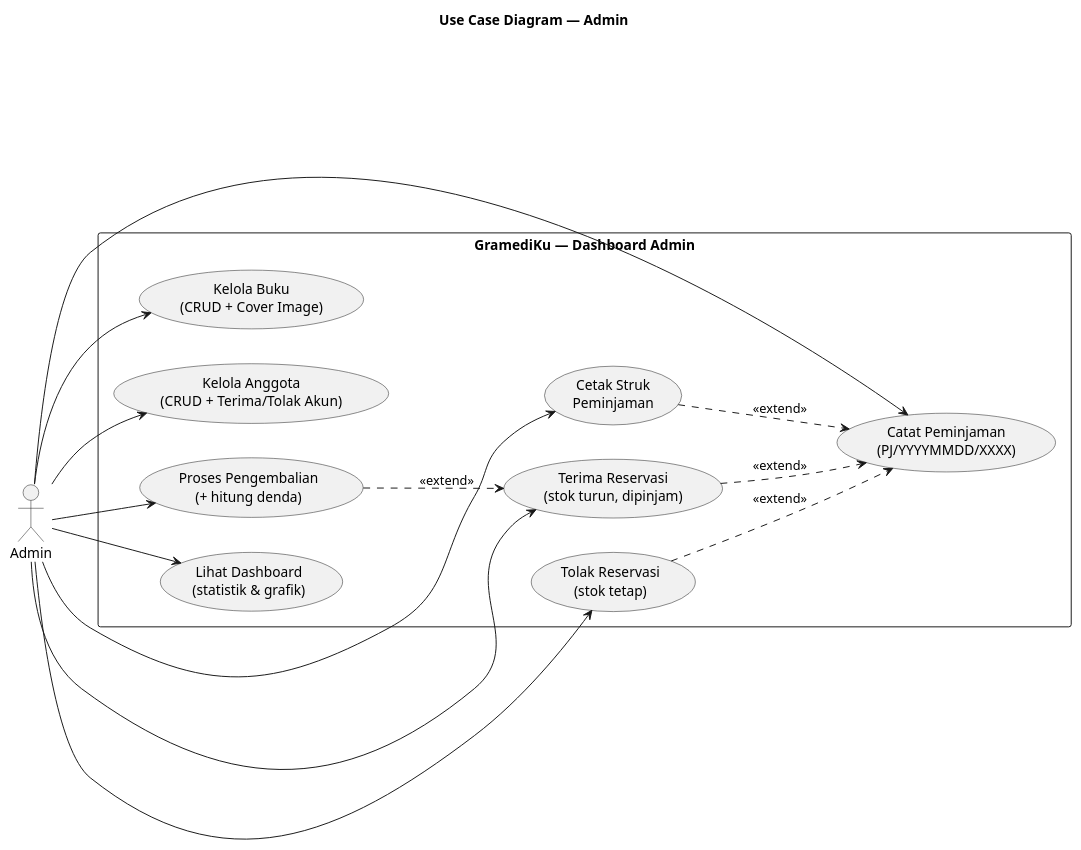
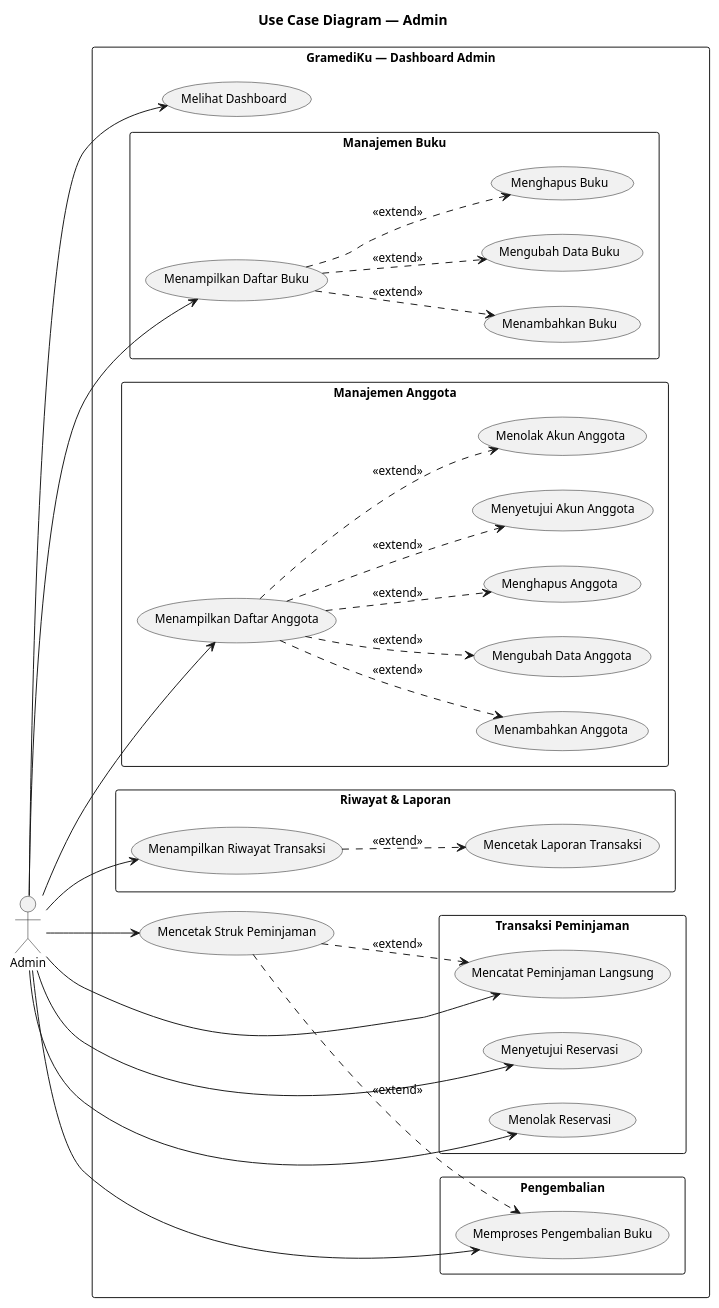
One commit to CallMeJaja/sistem-manajemen-perpustakaan changed the diagram in docs/use-cases/admin.puml. Above: the diagram before and after it, drawn with PlantUML. The commit also changed 29 other files, not shown here.

```diff
--- a/docs/use-cases/admin.puml
+++ b/docs/use-cases/admin.puml
@@ -1,34 +1,70 @@
 @startuml
 title Use Case Diagram — Admin
 
+skinparam defaultFontSize 12
+skinparam packageFontSize 11
+skinparam packageStyle rectangle
 left to right direction
-skinparam packageStyle rectangle
 
 actor "Admin" as Admin
 
 rectangle "GramediKu — Dashboard Admin" {
-  usecase "Lihat Dashboard\n(statistik & grafik)" as UC1
-  usecase "Kelola Buku\n(CRUD + Cover Image)" as UC2
-  usecase "Kelola Anggota\n(CRUD + Terima/Tolak Akun)" as UC3
-  usecase "Catat Peminjaman\n(PJ/YYYYMMDD/XXXX)" as UC4
-  usecase "Terima Reservasi\n(stok turun, dipinjam)" as UC5
-  usecase "Tolak Reservasi\n(stok tetap)" as UC6
-  usecase "Proses Pengembalian\n(+ hitung denda)" as UC7
-  usecase "Cetak Struk\nPeminjaman" as UC8
+  usecase "Melihat Dashboard" as UC1
+
+  package "Manajemen Buku" {
+    usecase "Menampilkan Daftar Buku" as UC2a
+    usecase "Menambahkan Buku" as UC2b
+    usecase "Mengubah Data Buku" as UC2c
+    usecase "Menghapus Buku" as UC2d
+  }
+
+  package "Manajemen Anggota" {
+    usecase "Menampilkan Daftar Anggota" as UC3a
+    usecase "Menambahkan Anggota" as UC3b
+    usecase "Mengubah Data Anggota" as UC3c
+    usecase "Menghapus Anggota" as UC3d
+    usecase "Menyetujui Akun Anggota" as UC3e
+    usecase "Menolak Akun Anggota" as UC3f
+  }
+
+  package "Transaksi Peminjaman" {
+    usecase "Mencatat Peminjaman Langsung" as UC4
+    usecase "Menyetujui Reservasi" as UC5
+    usecase "Menolak Reservasi" as UC6
+  }
+
+  package "Pengembalian" {
+    usecase "Memproses Pengembalian Buku" as UC7
+  }
+
+  package "Riwayat & Laporan" {
+    usecase "Menampilkan Riwayat Transaksi" as UC8a
+    usecase "Mencetak Laporan Transaksi" as UC8b
+  }
+
+  usecase "Mencetak Struk Peminjaman" as UC9
 }
 
 Admin --> UC1
-Admin --> UC2
-Admin --> UC3
+Admin --> UC2a
+Admin --> UC3a
 Admin --> UC4
 Admin --> UC5
 Admin --> UC6
 Admin --> UC7
-Admin --> UC8
+Admin --> UC8a
+Admin --> UC9
 
-UC5 ..> UC4 : <<extend>>
-UC6 ..> UC4 : <<extend>>
-UC7 ..> UC5 : <<extend>>
-UC8 ..> UC4 : <<extend>>
+UC2a ..> UC2b : <<extend>>
+UC2a ..> UC2c : <<extend>>
+UC2a ..> UC2d : <<extend>>
+UC3a ..> UC3b : <<extend>>
+UC3a ..> UC3c : <<extend>>
+UC3a ..> UC3d : <<extend>>
+UC3a ..> UC3e : <<extend>>
+UC3a ..> UC3f : <<extend>>
+UC8a ..> UC8b : <<extend>>
+UC9 ..> UC4 : <<extend>>
+UC9 ..> UC7 : <<extend>>
 
 @enduml
```
